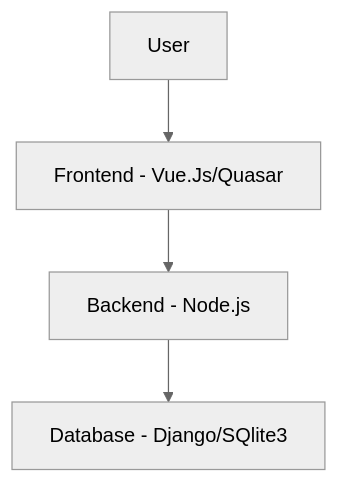
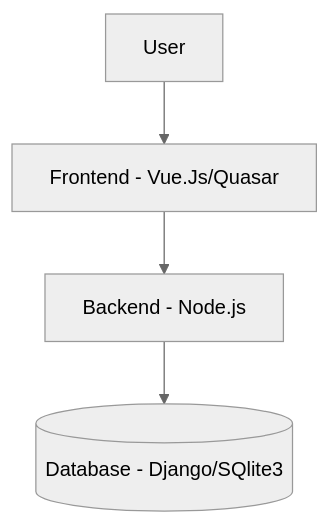
One commit to Jonathanngamboe/g-09-gpteam changed the diagram in readme.md. Above: the diagram before and after it, drawn with Mermaid (neutral theme). The commit also changed other lines of this file, not shown here.

````diff
--- a/readme.md
+++ b/readme.md
@@ -20,6 +17,6 @@
 ```mermaid
 graph TD;
     A[User] --> B[Frontend - Vue.Js/Quasar];
     B --> C[Backend - Node.js];
-    C --> D[Database - Django/SQlite3];
+    C --> D[(Database - Django/SQlite3)];
 ```
````
